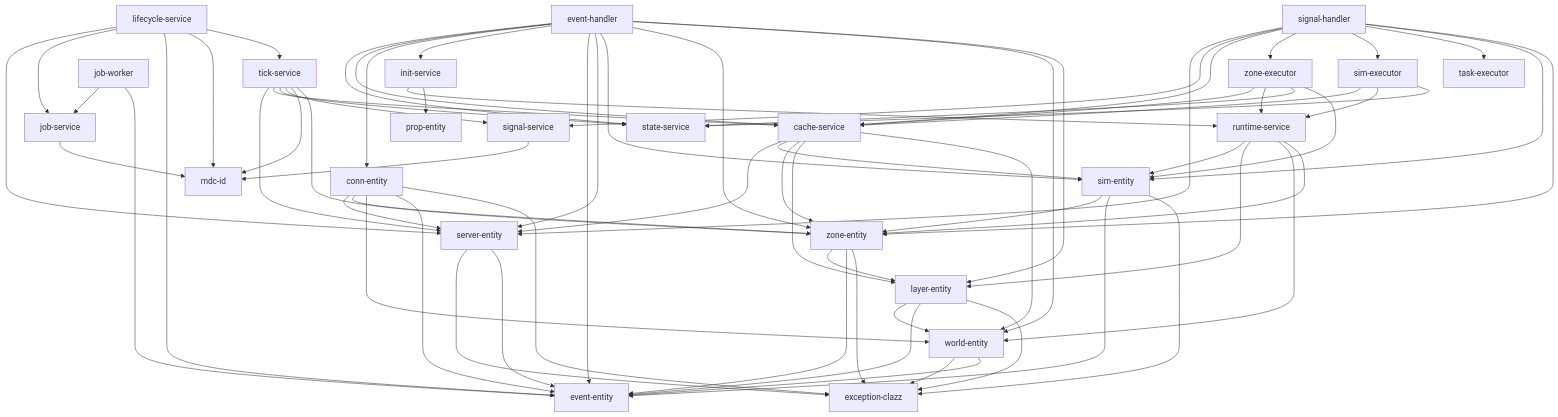
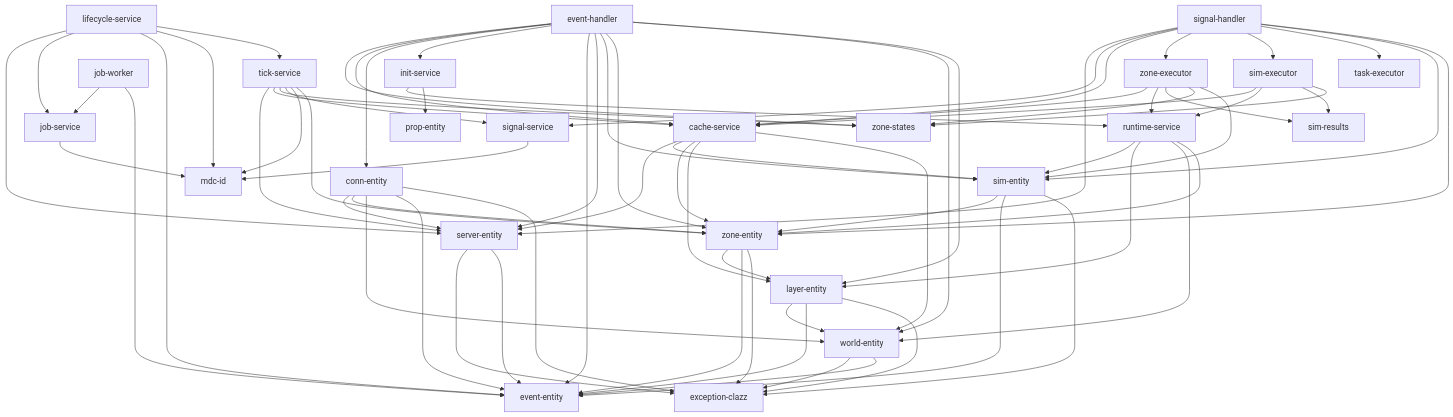
The diagram in MODULES.md (crionuke/omgcluster), drawn with Mermaid before and after one commit. The commit also changed 22 other files, not shown here.

Commit message:
Split state-service into sim-results and zone-states modules (#45)

````diff
--- a/MODULES.md
+++ b/MODULES.md
@@ -1,6 +1,6 @@
 ```mermaid
 graph TD
-    event-handler --> state-service
+    event-handler --> zone-states
     event-handler --> cache-service
     event-handler --> conn-entity
     event-handler --> init-service
@@ -62,11 +62,13 @@
 
     sim-executor --> cache-service
     sim-executor --> runtime-service
-    sim-executor --> state-service
+    sim-executor --> sim-results
+    sim-executor --> zone-states
 
     zone-executor --> cache-service
     zone-executor --> runtime-service
-    zone-executor --> state-service
+    zone-executor --> sim-results
+    zone-executor --> zone-states
     zone-executor --> sim-entity
 
     signal-handler --> server-entity
@@ -82,7 +84,7 @@
 
     tick-service --> server-entity
     tick-service --> cache-service
-    tick-service --> state-service
+    tick-service --> zone-states
     tick-service --> signal-service
     tick-service --> mdc-id
     tick-service --> zone-entity
````
